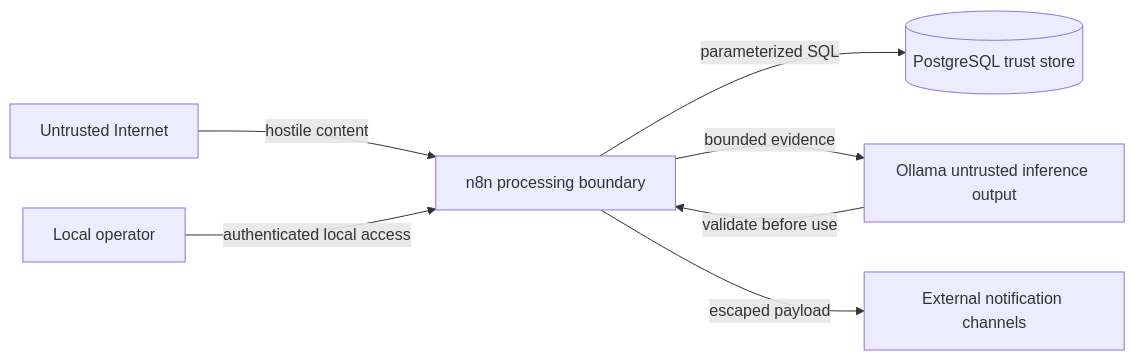
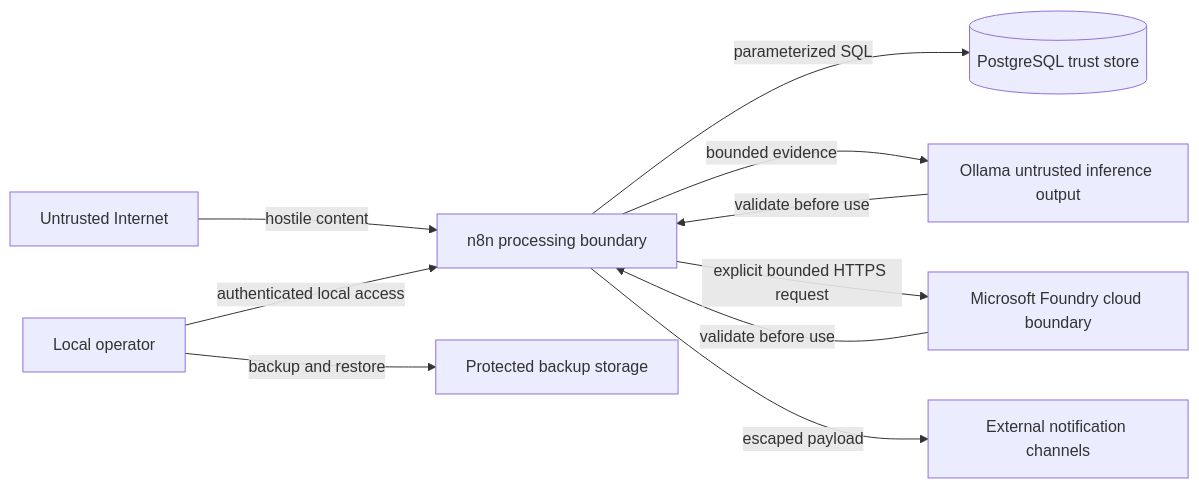
The diagram in docs/security/threat-model.md (DimLeon009/threat-claim-monitor), drawn with Mermaid before and after one commit. The commit also changed other lines of this file and 10 other files, not shown here.

Commit message:
docs: complete v1 architecture and threat review (#15)

````diff
--- a/docs/security/threat-model.md
+++ b/docs/security/threat-model.md
@@ -44,16 +53,21 @@
 ```mermaid
 flowchart LR
     U["Untrusted Internet"]
     N["n8n processing boundary"]
     D[("PostgreSQL trust store")]
     L["Ollama untrusted inference output"]
+    F["Microsoft Foundry cloud boundary"]
     C["External notification channels"]
     O["Local operator"]
+    B["Protected backup storage"]
 
     U -->|"hostile content"| N
     O -->|"authenticated local access"| N
     N -->|"parameterized SQL"| D
     N -->|"bounded evidence"| L
     L -->|"validate before use"| N
+    N -->|"explicit bounded HTTPS request"| F
+    F -->|"validate before use"| N
     N -->|"escaped payload"| C
+    O -->|"backup and restore"| B
 ```
````
